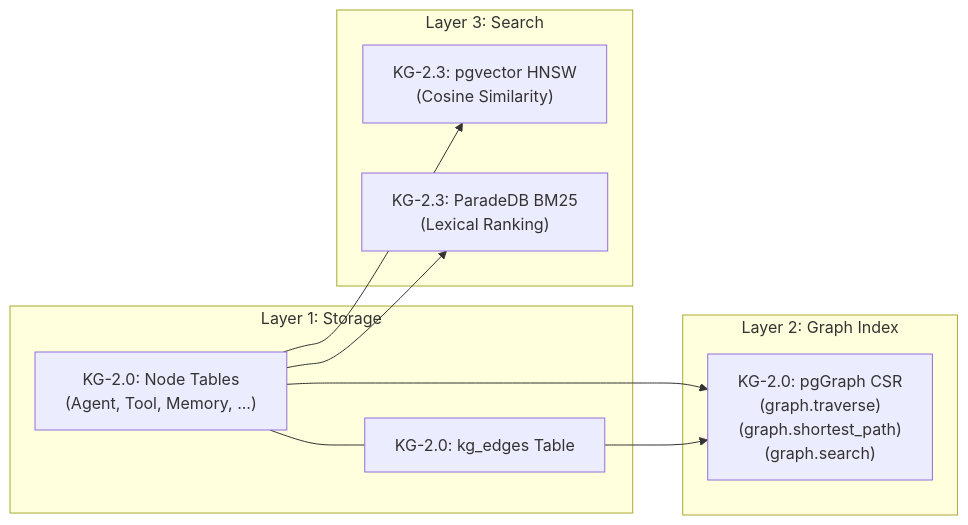
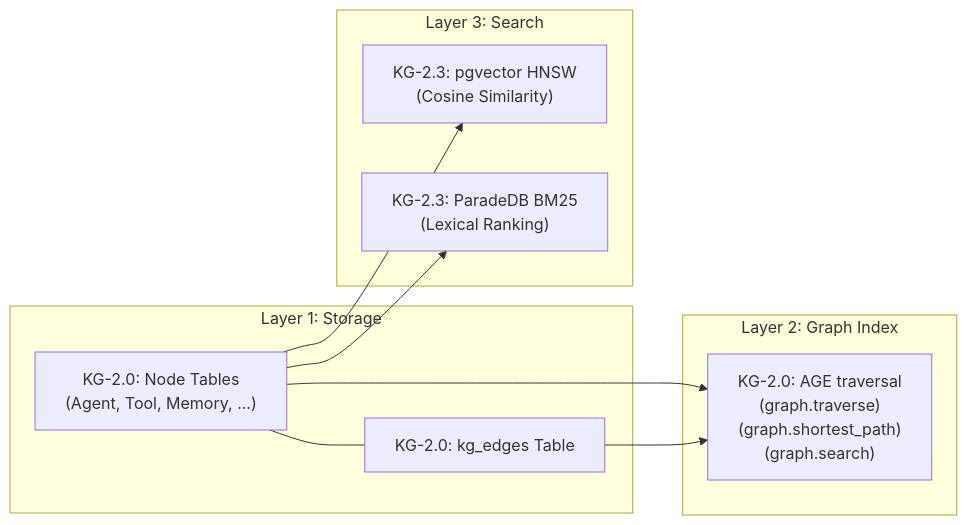
Before and after one commit to Knuckles-Team/agent-utilities: the second of 2 diagrams in docs/architecture/graph_backends_architecture.md, drawn with Mermaid. The commit also changed other lines of this file and 48 other files, not shown here.

````diff
--- a/docs/architecture/graph_backends_architecture.md
+++ b/docs/architecture/graph_backends_architecture.md
@@ -113,20 +113,20 @@
 ```mermaid
 graph LR
     subgraph "Layer 1: Storage"
         A["KG-2.0: Node Tables\n(Agent, Tool, Memory, ...)"] --- B["KG-2.0: kg_edges Table"]
     end
 
     subgraph "Layer 2: Graph Index"
-        C["KG-2.0: pgGraph CSR\n(graph.traverse)\n(graph.shortest_path)\n(graph.search)"]
+        C["KG-2.0: AGE traversal\n(graph.traverse)\n(graph.shortest_path)\n(graph.search)"]
     end
 
     subgraph "Layer 3: Search"
         D["KG-2.3: pgvector HNSW\n(Cosine Similarity)"]
         E["KG-2.3: ParadeDB BM25\n(Lexical Ranking)"]
     end
 
     A --> C
     B --> C
     A --> D
     A --> E
 ```
````
